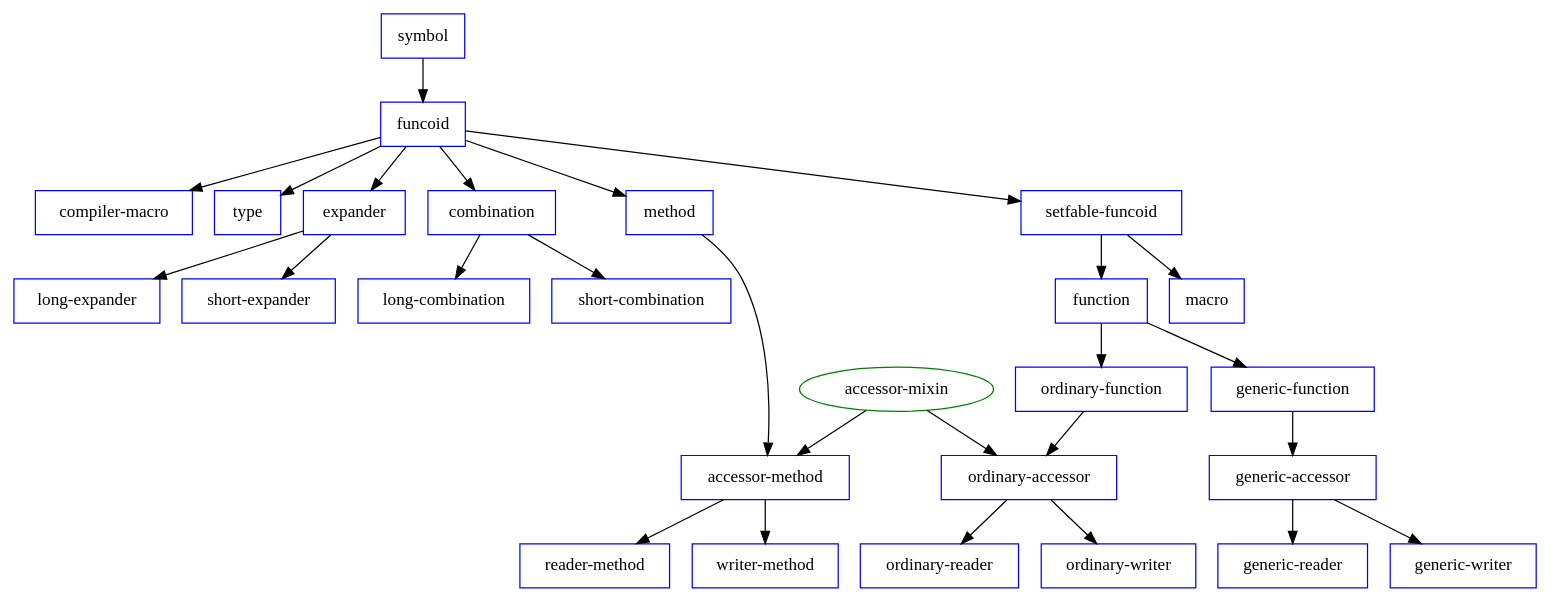
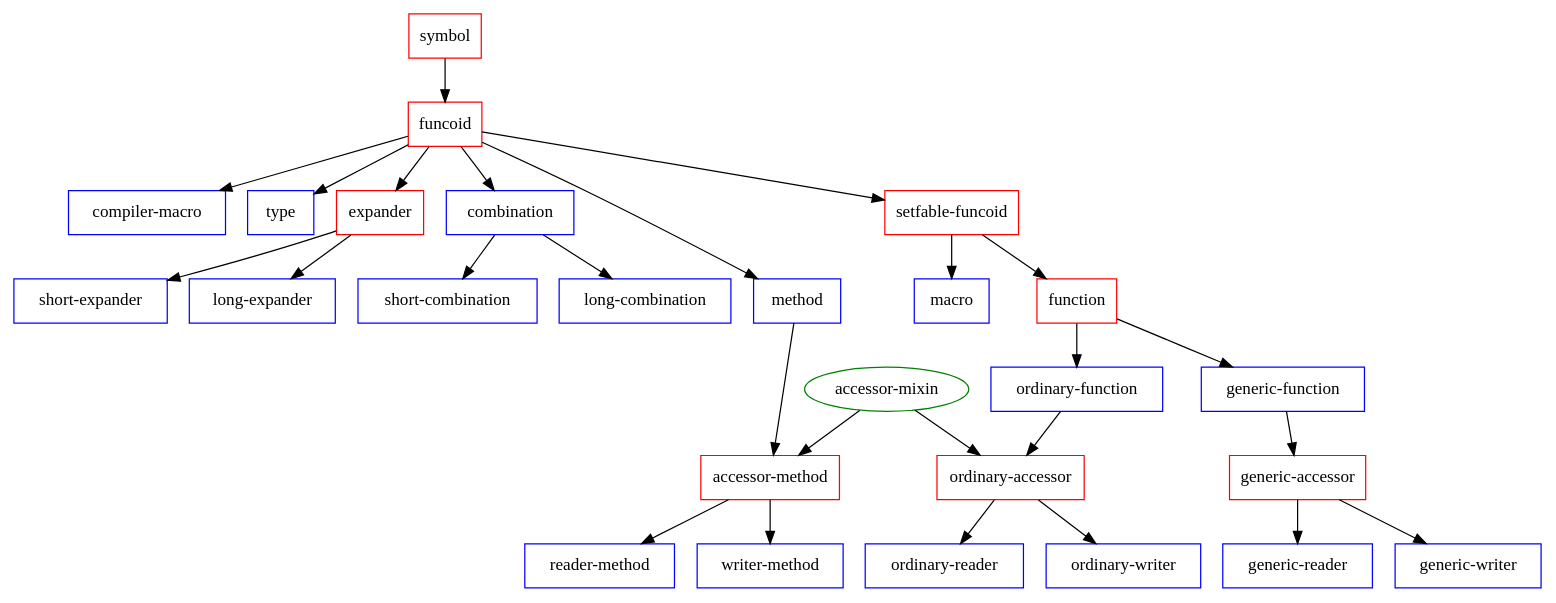
One commit to didierverna/declt changed the diagram in doc/funcoids.dot. Above: the diagram before and after it, drawn with Graphviz. The commit also changed 6 other files, not shown here.

```diff
--- a/doc/funcoids.dot
+++ b/doc/funcoids.dot
@@ -1,62 +1,49 @@
 strict digraph
 {
   rankdir = TD;
   node [ shape = box color = blue ]
 
-  {
-    rank = same
-    "compiler-macro" "type" "expander" "combination" "method"
-    "setfable-funcoid"
-  }
-  {
-    rank = same
+  symbol  [ color = red fontname = "times bold" ]
+  funcoid [ color = red fontname = "times bold" ]
+  symbol -> funcoid
+
+  funcoid -> { "compiler-macro" type }
+
+  expander [ color = red fontname = "times bold" ]
+  funcoid -> expander -> { "short-expander" "long-expander" }
+
+  funcoid -> combination -> { "short-combination" "long-combination" }
+
+  funcoid -> method
+
+  "setfable-funcoid" [ color = red fontname = "times bold" ]
+  funcoid -> "setfable-funcoid" -> macro
+
+  function [ color = red fontname = "times bold" ]
+  "setfable-funcoid" -> function -> { "ordinary-function" "generic-function" }
+
+  "accessor-mixin" [ shape = ellipse color = green fontname = "times bold" ]
+
+  "accessor-method" [ color = red fontname = "times bold" ]
+  { method "accessor-mixin" } -> "accessor-method"
+  -> { "reader-method" "writer-method" }
+
+  "ordinary-accessor" [ color = red fontname = "times bold" ]
+  { "ordinary-function" "accessor-mixin" } -> "ordinary-accessor"
+  -> { "ordinary-reader" "ordinary-writer" }
+
+  "generic-accessor" [ color = red fontname = "times bold" ]
+  "generic-function" -> "generic-accessor"
+  -> { "generic-reader" "generic-writer" }
+
+  { rank = same
     "short-expander" "long-expander"
     "short-combination" "long-combination"
+    method macro function
   }
-  { rank = same "macro" "function" }
-  { rank = same "ordinary-function" "generic-function" }
-  { rank = same "ordinary-accessor" "generic-accessor" "accessor-method" }
-  {
-    rank = same
+  { rank = same
+    "reader-method" "writer-method"
     "ordinary-reader" "ordinary-writer"
     "generic-reader" "generic-writer"
-    "reader-method" "writer-method"
   }
-
-  "accessor-mixin" [ shape = ellipse color = green ]
-
-  "symbol" -> "funcoid";
-
-  "funcoid" -> "compiler-macro";
-
-  "funcoid" -> "type";
-
-  "funcoid" -> "expander";
-  "expander" -> "short-expander";
-  "expander" -> "long-expander";
-
-  "funcoid" -> "combination";
-  "combination" -> "short-combination";
-  "combination" -> "long-combination";
-
-  "funcoid" -> "method" -> "accessor-method";
-  "accessor-method" -> "reader-method";
-  "accessor-method" -> "writer-method";
-
-  "funcoid" -> "setfable-funcoid";
-
-  "setfable-funcoid" -> "macro";
-
-  "setfable-funcoid" -> "function";
-
-  "function" -> "ordinary-function" -> "ordinary-accessor";
-  "ordinary-accessor" -> "ordinary-reader";
-  "ordinary-accessor" -> "ordinary-writer";
-
-  "function" -> "generic-function" -> "generic-accessor";
-  "generic-accessor" -> "generic-reader";
-  "generic-accessor" -> "generic-writer";
-
-  "accessor-mixin" -> "accessor-method";
-  "accessor-mixin" -> "ordinary-accessor";
 }
```
